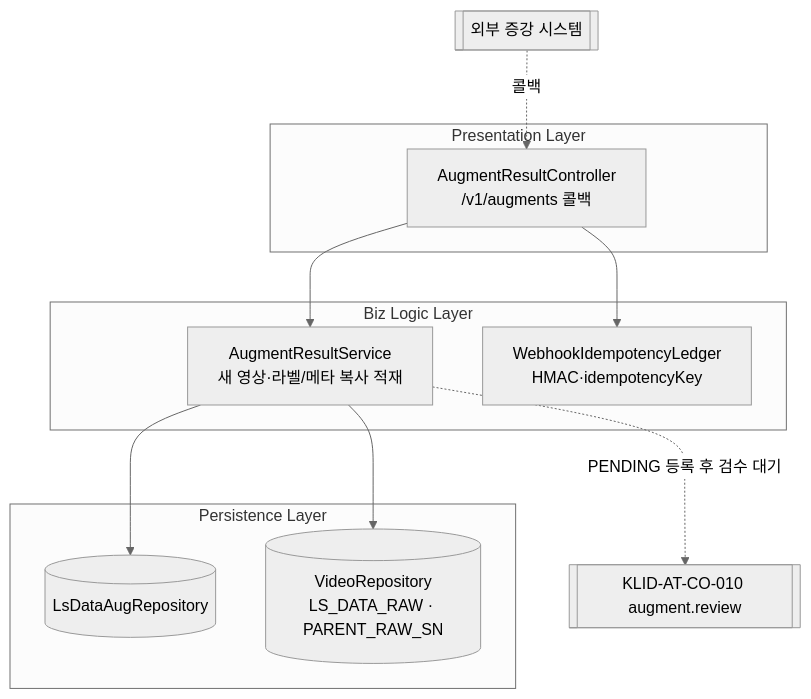
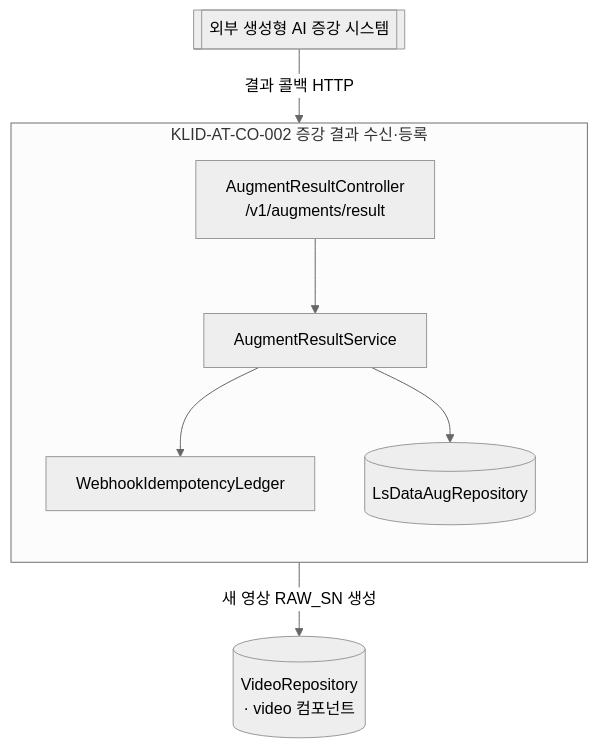
The second of 13 diagrams in docs/design/D3-컴포넌트설계서.md (New-stella/klid-label), drawn with Mermaid (neutral theme) before and after one commit. The commit also changed other lines of this file and 6 other files, not shown here.

````diff
--- a/docs/design/D3-컴포넌트설계서.md
+++ b/docs/design/D3-컴포넌트설계서.md
@@ -83,24 +60,17 @@
 ```mermaid
-flowchart TB
-  EXT_AUG[["외부 증강 시스템"]]
-  CO010[["KLID-AT-CO-010 augment.review"]]
-
-  subgraph Presentation [Presentation Layer]
-    AugResCtrl[AugmentResultController<br/>/v1/augments 콜백]
-  end
-  subgraph Biz [Biz Logic Layer]
-    AugResSvc[AugmentResultService<br/>새 영상·라벨/메타 복사 적재]
-    Ledger[WebhookIdempotencyLedger<br/>HMAC·idempotencyKey]
-  end
-  subgraph Persistence [Persistence Layer]
-    AugRepo[(LsDataAugRepository)]
-    VidRepo[(VideoRepository<br/>LS_DATA_RAW · PARENT_RAW_SN)]
-  end
-
-  EXT_AUG -.콜백.-> AugResCtrl
-  AugResCtrl --> Ledger
-  AugResCtrl --> AugResSvc
-  AugResSvc --> AugRepo
-  AugResSvc --> VidRepo
-  AugResSvc -.PENDING 등록 후 검수 대기.-> CO010
+flowchart TD
+    EXT[[외부 생성형 AI 증강 시스템]]
+    subgraph CO002[KLID-AT-CO-002 증강 결과 수신·등록]
+        direction TB
+        ARC[AugmentResultController<br/>/v1/augments/result]
+        ARS[AugmentResultService]
+        WIL[WebhookIdempotencyLedger]
+        LDAR[(LsDataAugRepository)]
+        ARC --> ARS
+        ARS --> WIL
+        ARS --> LDAR
+    end
+    VR[(VideoRepository<br/>· video 컴포넌트)]
+    EXT -->|결과 콜백 HTTP| ARC
+    ARS -->|새 영상 RAW_SN 생성| VR
 ```
````
